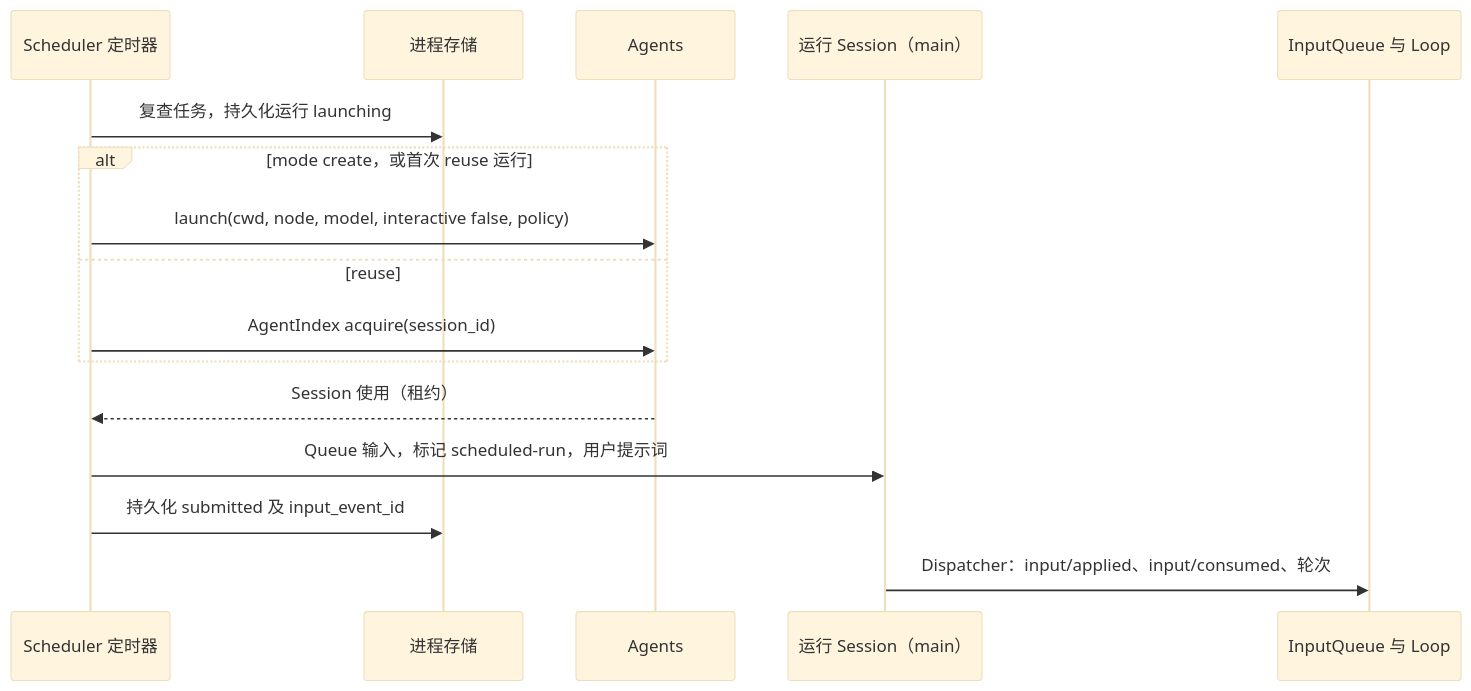
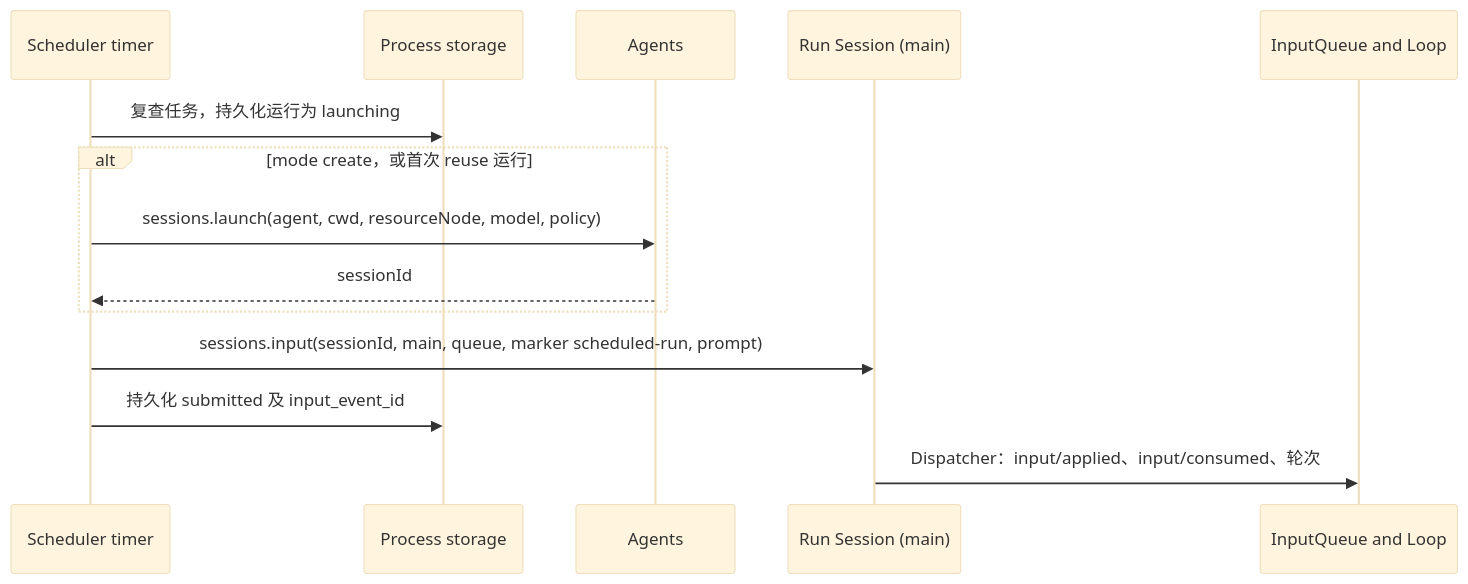
Before and after one commit to CoutinhoTTS/dim-agent: the third of 6 diagrams in docs/zh/design/plugins/Scheduler.md, drawn with Mermaid (base theme). The commit also changed other lines of this file and 18 other files, not shown here.

````diff
--- a/docs/zh/design/plugins/Scheduler.md
+++ b/docs/zh/design/plugins/Scheduler.md
@@ -84,18 +84,16 @@
 ```mermaid
 sequenceDiagram
-  participant T as Scheduler 定时器
-  participant ST as 进程存储
+  participant T as Scheduler timer
+  participant ST as Process storage
   participant AG as Agents
-  participant S as 运行 Session（main）
-  participant IQ as InputQueue 与 Loop
-  T->>ST: 复查任务，持久化运行 launching
+  participant S as Run Session (main)
+  participant IQ as InputQueue and Loop
+  T->>ST: 复查任务，持久化运行为 launching
   alt mode create，或首次 reuse 运行
-    T->>AG: launch(cwd, node, model, interactive false, policy)
-  else reuse
-    T->>AG: AgentIndex acquire(session_id)
+    T->>AG: sessions.launch(agent, cwd, resourceNode, model, policy)
+    AG-->>T: sessionId
   end
-  AG-->>T: Session 使用（租约）
-  T->>S: Queue 输入，标记 scheduled-run，用户提示词
+  T->>S: sessions.input(sessionId, main, queue, marker scheduled-run, prompt)
   T->>ST: 持久化 submitted 及 input_event_id
   S->>IQ: Dispatcher：input/applied、input/consumed、轮次
 ```
````
